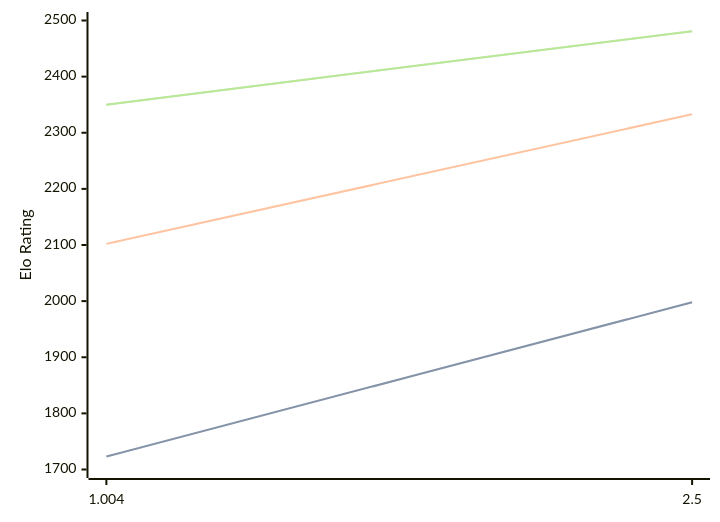
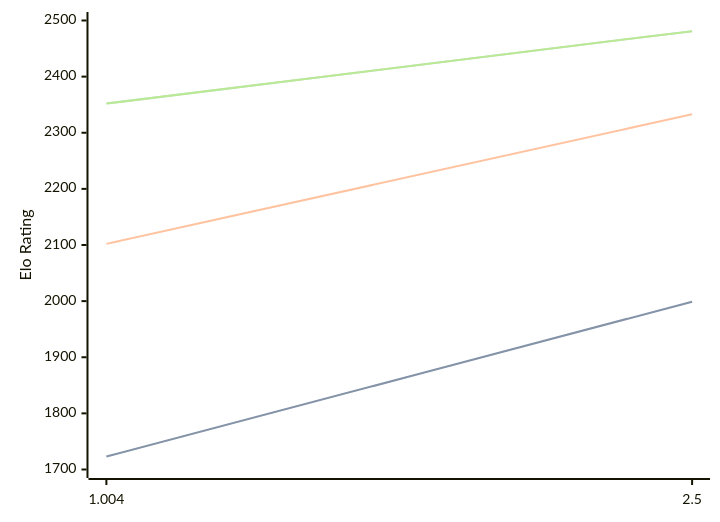
One commit to computer-chess-index/cci changed the diagram in engines/Ares.md. Above: the diagram before and after it, drawn with Mermaid. The commit also changed other lines of this file, not shown here.

Commit message:
Update CCI Ratings (ELO VLTC) - 2026-03-21

````diff
--- a/engines/Ares.md
+++ b/engines/Ares.md
@@ -32,11 +32,11 @@
 ```mermaid
 %%{init: {"theme":"base","themeVariables":{"seriesColors:['#a3a3a3','#222221','#faa371']}}}%%
 xychart-beta
   x-axis ["1.004", "2.5"]
   y-axis "Elo Rating" 1700 --> 2500
-  line "STC (8.0+0.08s)" [1723, 1998]
-  line "STC (8.0+0.08s)" [1723, 1998]
+  line "STC (8.0+0.08s)" [1723, 1999]
+  line "STC (8.0+0.08s)" [1723, 1999]
   line "LTC (60.0+0.60s)" [2102, 2333]
-  line "VLTC (2m24s+1.12s)" [2350, 2481]
-  line "VLTC (2m24s+1.12s)" [2350, 2481]
+  line "VLTC (2m24s+1.12s)" [2352, 2481]
+  line "VLTC (2m24s+1.12s)" [2352, 2481]
 ```
````
